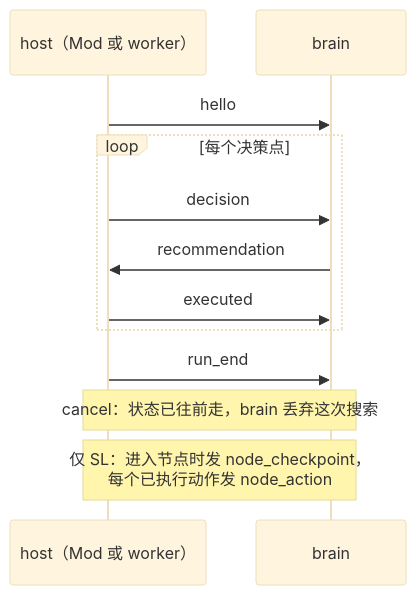
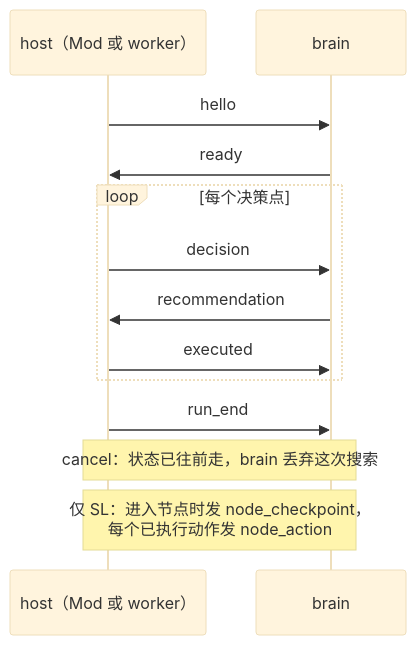
Before and after one commit to shinnku-nikaidou/spire-zero: the diagram in docs/src/content/docs/arch/protocol.mdx, drawn with Mermaid (base theme). The commit also changed other lines of this file and 16 other files, not shown here.

````diff
--- a/docs/src/content/docs/arch/protocol.mdx
+++ b/docs/src/content/docs/arch/protocol.mdx
@@ -69,14 +73,15 @@
 ```mermaid
 sequenceDiagram
   participant H as host（Mod 或 worker）
   participant B as brain
   H->>B: hello
+  B->>H: ready
   loop 每个决策点
     H->>B: decision
     B->>H: recommendation
     H->>B: executed
   end
   H->>B: run_end
   Note over H,B: cancel：状态已往前走，brain 丢弃这次搜索
   Note over H,B: 仅 SL：进入节点时发 node_checkpoint，<br/>每个已执行动作发 node_action
 ```
````
